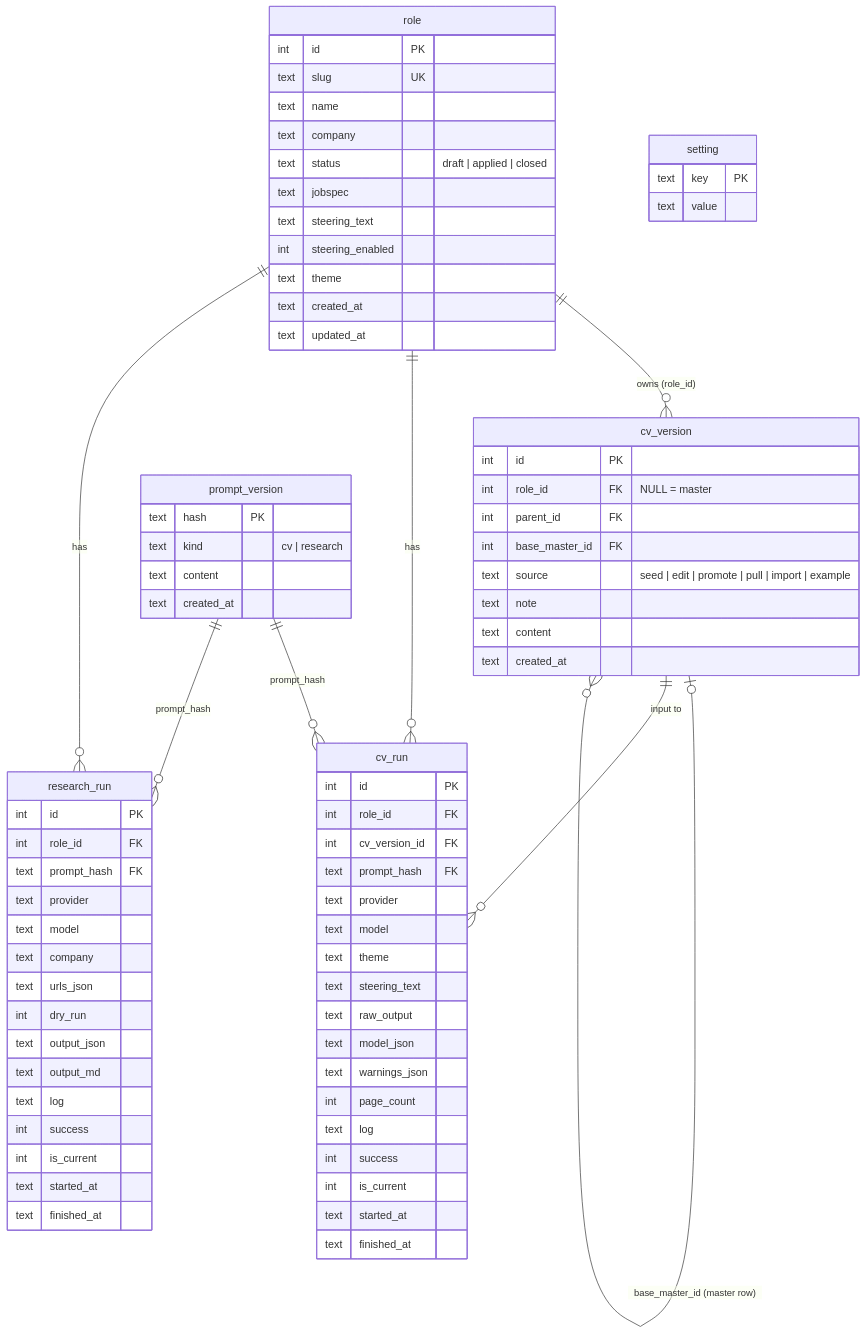
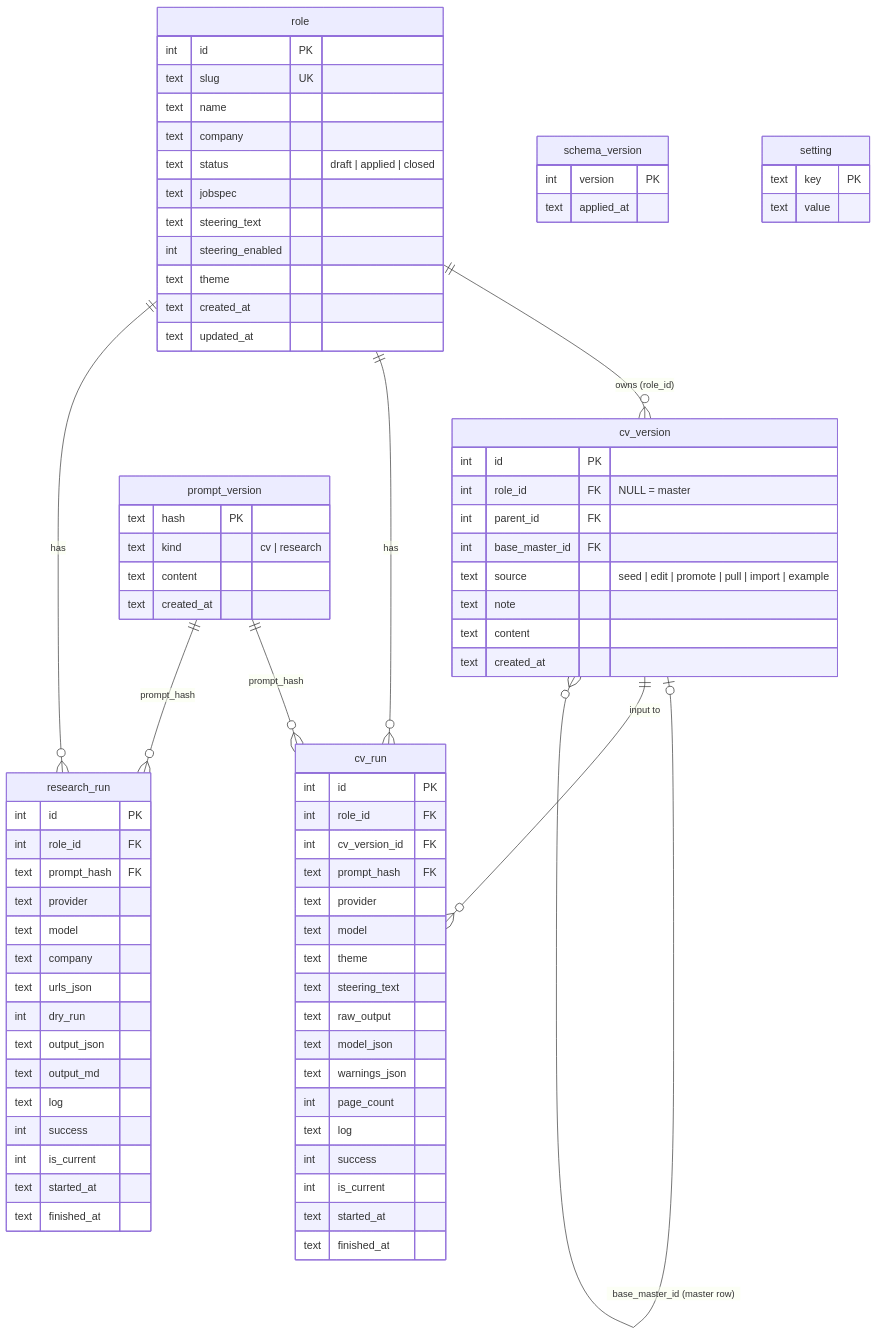
One commit to robinmacharg/resumator changed the diagram in docs/plans/multi-role.md. Above: the diagram before and after it, drawn with Mermaid. The commit also changed other lines of this file and 7 other files, not shown here.

```diff
--- a/docs/plans/multi-role.md
+++ b/docs/plans/multi-role.md
@@ -133,6 +144,10 @@
     cv_version ||--o{ cv_run : "input to"
     prompt_version ||--o{ cv_run : "prompt_hash"
     prompt_version ||--o{ research_run : "prompt_hash"
+    schema_version {
+        int version PK
+        text applied_at
+    }
 
     role {
         int id PK
```
